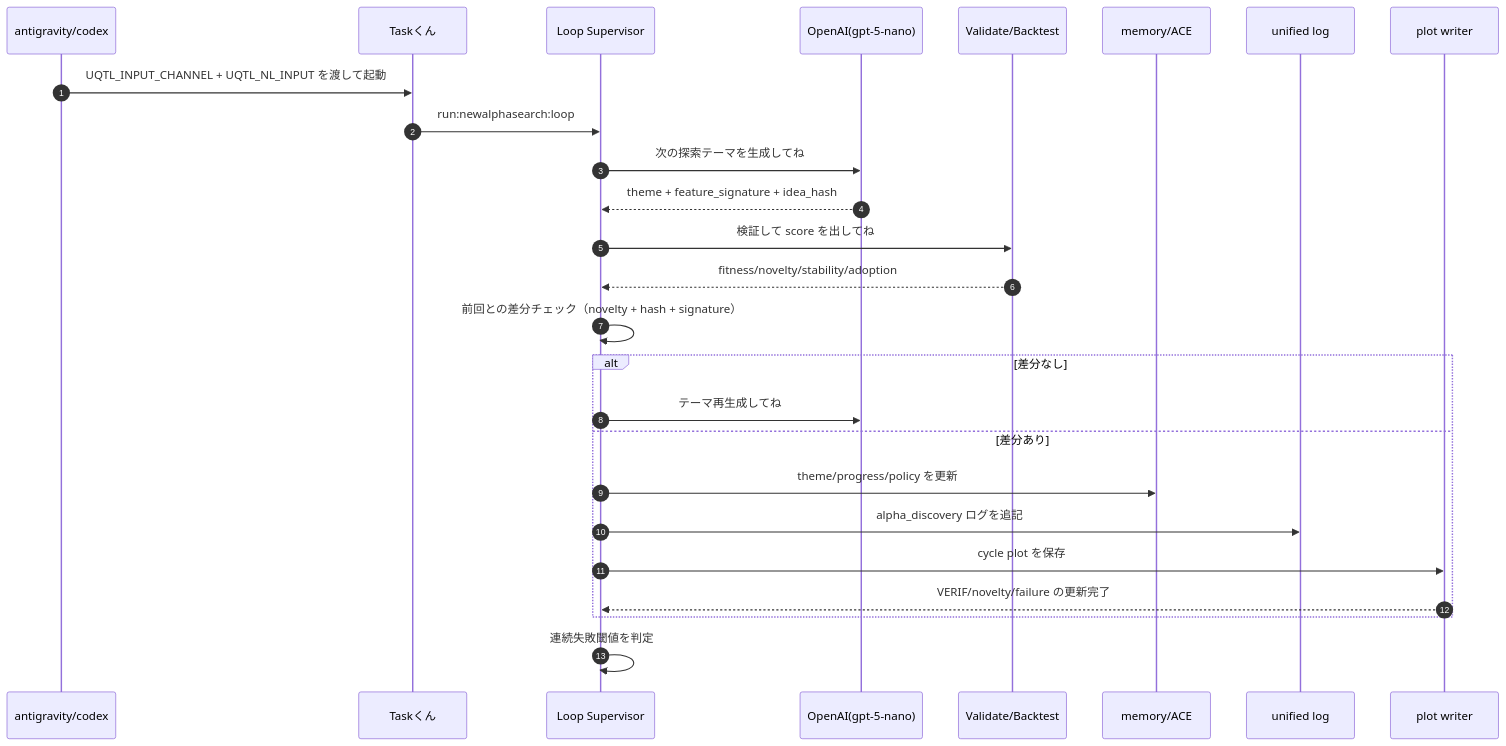
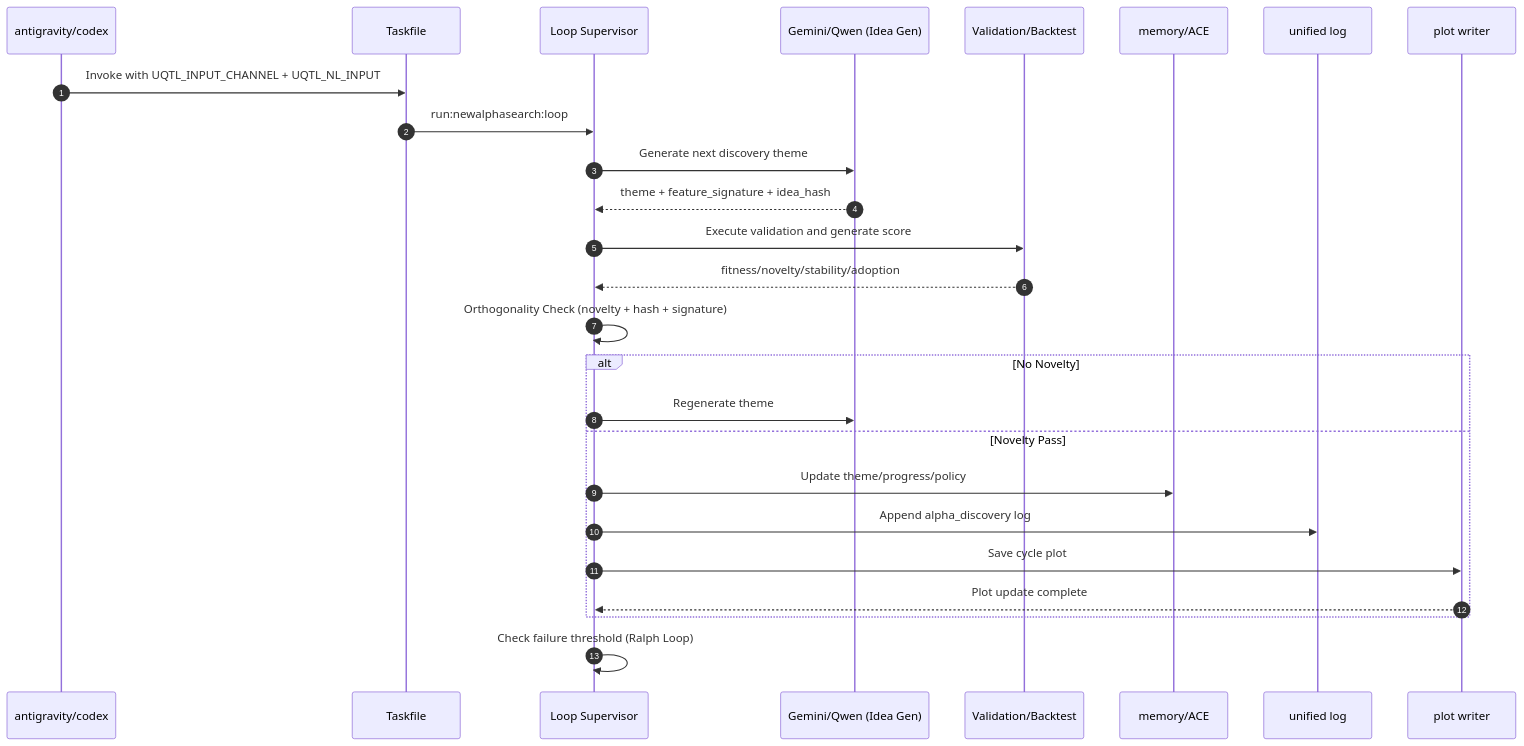
Before and after one commit to KAFKA2306/investor: the second of 2 diagrams in docs/diagrams/sequence.md, drawn with Mermaid. The commit also changed other lines of this file and 37 other files, not shown here.

````diff
--- a/docs/diagrams/sequence.md
+++ b/docs/diagrams/sequence.md
@@ -101,29 +94,29 @@
 ```mermaid
 sequenceDiagram
     autonumber
     participant A as antigravity/codex
-    participant T as Taskくん
+    participant T as Taskfile
     participant L as Loop Supervisor
-    participant O as OpenAI(gpt-5-nano)
-    participant V as Validate/Backtest
+    participant O as Gemini/Qwen (Idea Gen)
+    participant V as Validation/Backtest
     participant M as memory/ACE
     participant U as unified log
     participant P as plot writer
 
-    A->>T: UQTL_INPUT_CHANNEL + UQTL_NL_INPUT を渡して起動
+    A->>T: Invoke with UQTL_INPUT_CHANNEL + UQTL_NL_INPUT
     T->>L: run:newalphasearch:loop
-    L->>O: 次の探索テーマを生成してね
+    L->>O: Generate next discovery theme
     O-->>L: theme + feature_signature + idea_hash
-    L->>V: 検証して score を出してね
+    L->>V: Execute validation and generate score
     V-->>L: fitness/novelty/stability/adoption
-    L->>L: 前回との差分チェック（novelty + hash + signature）
-    alt 差分なし
-        L->>O: テーマ再生成してね
-    else 差分あり
-        L->>M: theme/progress/policy を更新
-        L->>U: alpha_discovery ログを追記
-        L->>P: cycle plot を保存
-        P-->>L: VERIF/novelty/failure の更新完了
+    L->>L: Orthogonality Check (novelty + hash + signature)
+    alt No Novelty
+        L->>O: Regenerate theme
+    else Novelty Pass
+        L->>M: Update theme/progress/policy
+        L->>U: Append alpha_discovery log
+        L->>P: Save cycle plot
+        P-->>L: Plot update complete
     end
-    L->>L: 連続失敗閾値を判定
+    L->>L: Check failure threshold (Ralph Loop)
 ```
````
